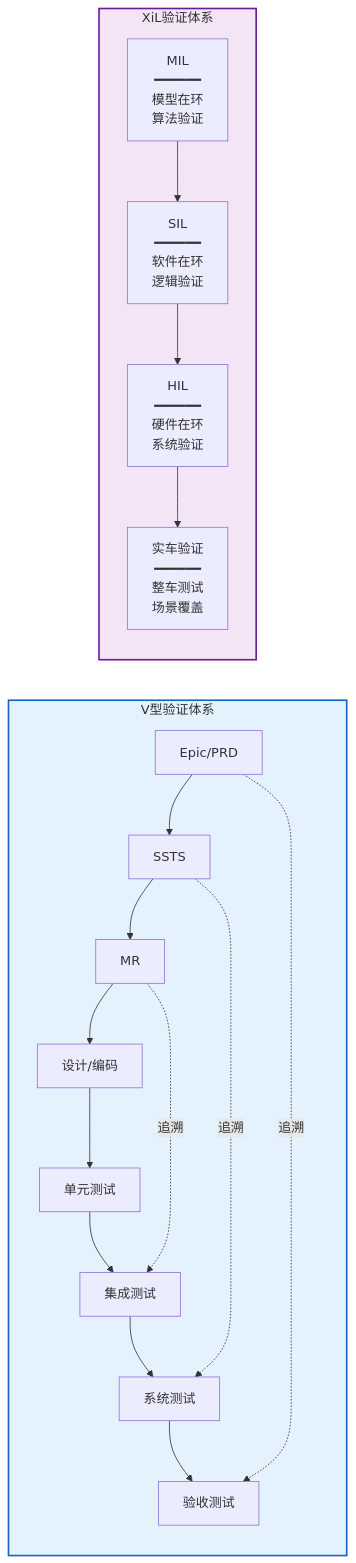
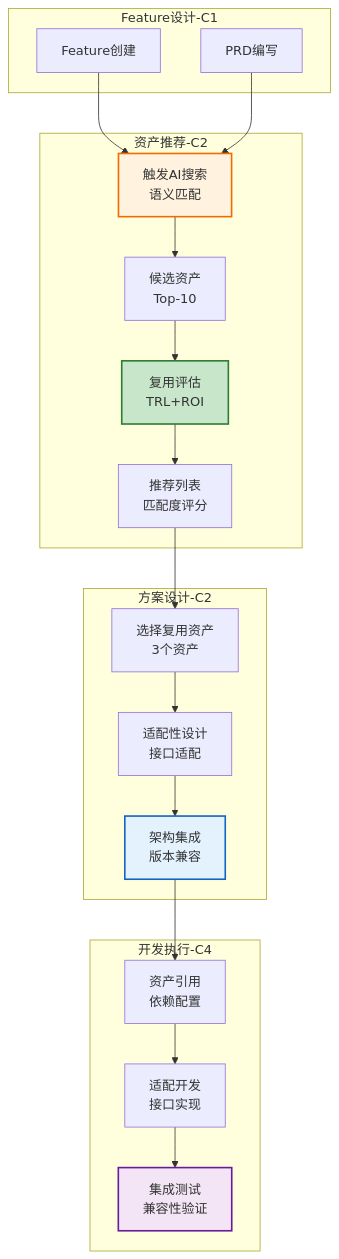
Before and after one commit to zjx-immersion/auto-rd-platform-prototype: diagram 24 of 30 in platform-design/AUTO_RD_PLATFORM_DESIGN_MERMAID.md, drawn with Mermaid. The commit also changed other lines of this file, not shown here.

````diff
--- a/platform-design/AUTO_RD_PLATFORM_DESIGN_MERMAID.md
+++ b/platform-design/AUTO_RD_PLATFORM_DESIGN_MERMAID.md
@@ -1009,26 +959,36 @@
 ```mermaid
-graph LR
-    subgraph VModel["V型验证体系"]
-        L1[Epic/PRD] --> L2[SSTS]
-        L2 --> L3[MR]
-        L3 --> L4[设计/编码]
-
-        L4 --> R4[单元测试]
-        R4 --> R3[集成测试]
-        R3 --> R2[系统测试]
-        R2 --> R1[验收测试]
-
-        L1 -.->|追溯| R1
-        L2 -.->|追溯| R2
-        L3 -.->|追溯| R3
+graph TB
+    subgraph Feature设计-C1
+        F1[Feature创建]
+        F2[PRD编写]
     end
-
-    subgraph XiL["XiL验证体系"]
-        MIL[MIL<br/>━━━━━━<br/>模型在环<br/>算法验证] --> SIL[SIL<br/>━━━━━━<br/>软件在环<br/>逻辑验证]
-        SIL --> HIL[HIL<br/>━━━━━━<br/>硬件在环<br/>系统验证]
-        HIL --> VIL[实车验证<br/>━━━━━━<br/>整车测试<br/>场景覆盖]
+    
+    subgraph 资产推荐-C2
+        A1[触发AI搜索<br/>语义匹配]
+        A2[候选资产<br/>Top-10]
+        A3[复用评估<br/>TRL+ROI]
+        A4[推荐列表<br/>匹配度评分]
     end
-
-    style VModel fill:#e3f2fd,stroke:#1565c0,stroke-width:2px
-    style XiL fill:#f3e5f5,stroke:#6a1b9a,stroke-width:2px
+    
+    subgraph 方案设计-C2
+        D1[选择复用资产<br/>3个资产]
+        D2[适配性设计<br/>接口适配]
+        D3[架构集成<br/>版本兼容]
+    end
+    
+    subgraph 开发执行-C4
+        E1[资产引用<br/>依赖配置]
+        E2[适配开发<br/>接口实现]
+        E3[集成测试<br/>兼容性验证]
+    end
+    
+    F1 & F2 --> A1
+    A1 --> A2 --> A3 --> A4
+    A4 --> D1 --> D2 --> D3
+    D3 --> E1 --> E2 --> E3
+    
+    style A1 fill:#fff3e0,stroke:#ef6c00,stroke-width:2px
+    style A3 fill:#c8e6c9,stroke:#2e7d32,stroke-width:2px
+    style D3 fill:#e3f2fd,stroke:#1565c0,stroke-width:2px
+    style E3 fill:#f3e5f5,stroke:#6a1b9a,stroke-width:2px
 ```
````
